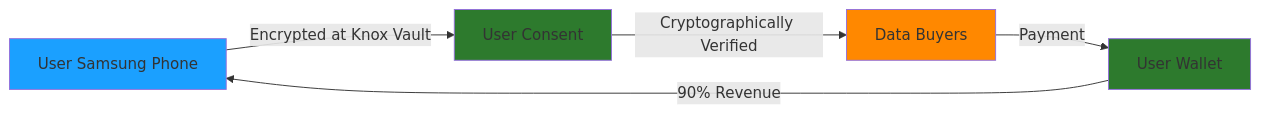
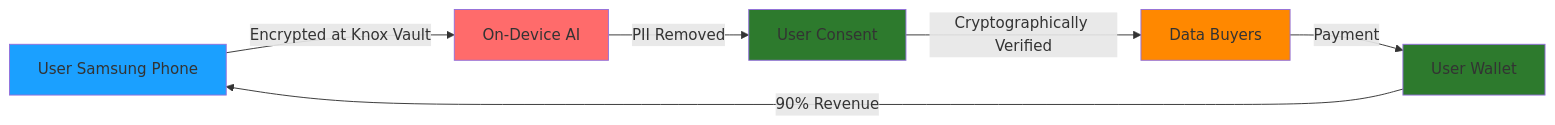
The third of 14 diagrams in pitch.md (yxl74/AI_PITCH), drawn with Mermaid before and after one commit. The commit also changed other lines of this file, not shown here.

````diff
--- a/pitch.md
+++ b/pitch.md
@@ -59,12 +91,14 @@
 ```mermaid
 graph LR
-    A[User Samsung Phone] -->|Encrypted at Knox Vault| B[User Consent]
-    B -->|Cryptographically Verified| C[Data Buyers]
-    C -->|Payment| D[User Wallet]
-    D -->|90% Revenue| A
+    A[User Samsung Phone] -->|Encrypted at Knox Vault| B[On-Device AI]
+    B -->|PII Removed| C[User Consent]
+    C -->|Cryptographically Verified| D[Data Buyers]
+    D -->|Payment| E[User Wallet]
+    E -->|90% Revenue| A
     
     style A fill:#1ba0ff
-    style B fill:#2d7a2d
-    style C fill:#ff8800
-    style D fill:#2d7a2d
+    style B fill:#ff6b6b
+    style C fill:#2d7a2d
+    style D fill:#ff8800
+    style E fill:#2d7a2d
 ```
````
